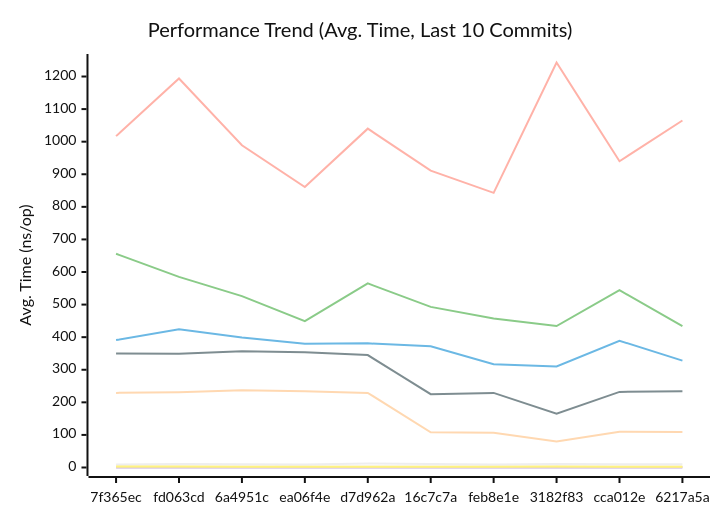
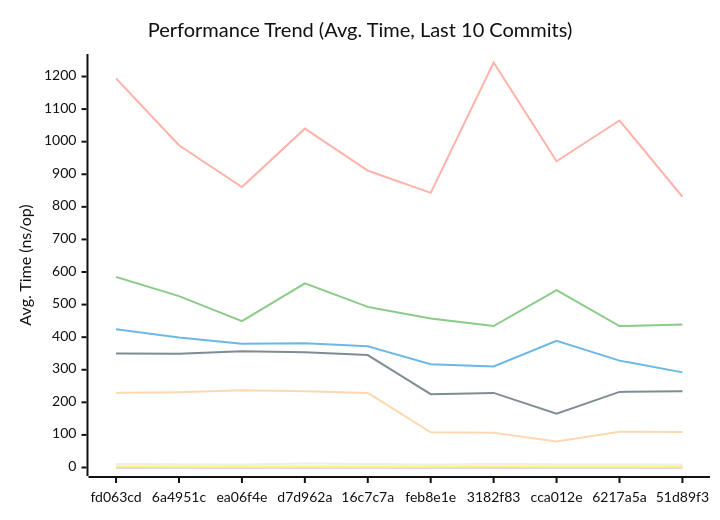
The first of 3 diagrams in docs/PERFORMANCE.md (alsotoes/momo), drawn with Mermaid (neutral theme) before and after one commit. The commit also changed other lines of this file and 2 other files, not shown here.

````diff
--- a/docs/PERFORMANCE.md
+++ b/docs/PERFORMANCE.md
@@ -80,16 +80,16 @@
 ```mermaid
 xychart-beta
     title "Performance Trend (Avg. Time, Last 10 Commits)"
     x-axis "Commit"
     y-axis "Avg. Time (ns/op)"
-    x-axis [7f365ec,fd063cd,6a4951c,ea06f4e,d7d962a,16c7c7a,feb8e1e,3182f83,cca012e,6217a5a]
-    line "CheckMetricsAndSwap" [9,11,10,9,12,11,9,11,10,10]
-    line "CrushOptimized" [391,424,399,380,381,372,317,310,389,328]
-    line "CrushOriginal" [656,585,526,449,565,493,457,434,544,434]
+    x-axis [fd063cd,6a4951c,ea06f4e,d7d962a,16c7c7a,feb8e1e,3182f83,cca012e,6217a5a,51d89f3]
+    line "CheckMetricsAndSwap" [11,10,9,12,11,9,11,10,10,9]
+    line "CrushOptimized" [424,399,380,381,372,317,310,389,328,292]
+    line "CrushOriginal" [585,526,449,565,493,457,434,544,434,439]
     line "IndexDirectTracking" [0,0,0,0,0,0,0,0,0,0]
     line "IndexSearch" [2,2,2,2,2,2,2,2,2,2]
-    line "LoadGlobalConfig" [1017,1194,989,861,1040,911,843,1243,940,1065]
-    line "PadString" [3,3,2,2,2,2,2,3,2,2]
+    line "LoadGlobalConfig" [1194,989,861,1040,911,843,1243,940,1065,831]
+    line "PadString" [3,2,2,2,2,2,3,2,2,2]
     line "ParseReplicationOrder_NoPrealloc" [350,349,357,354,345,225,229,165,232,234]
     line "ParseReplicationOrder_Prealloc" [229,231,237,234,229,108,107,80,110,109]
 ```
````
